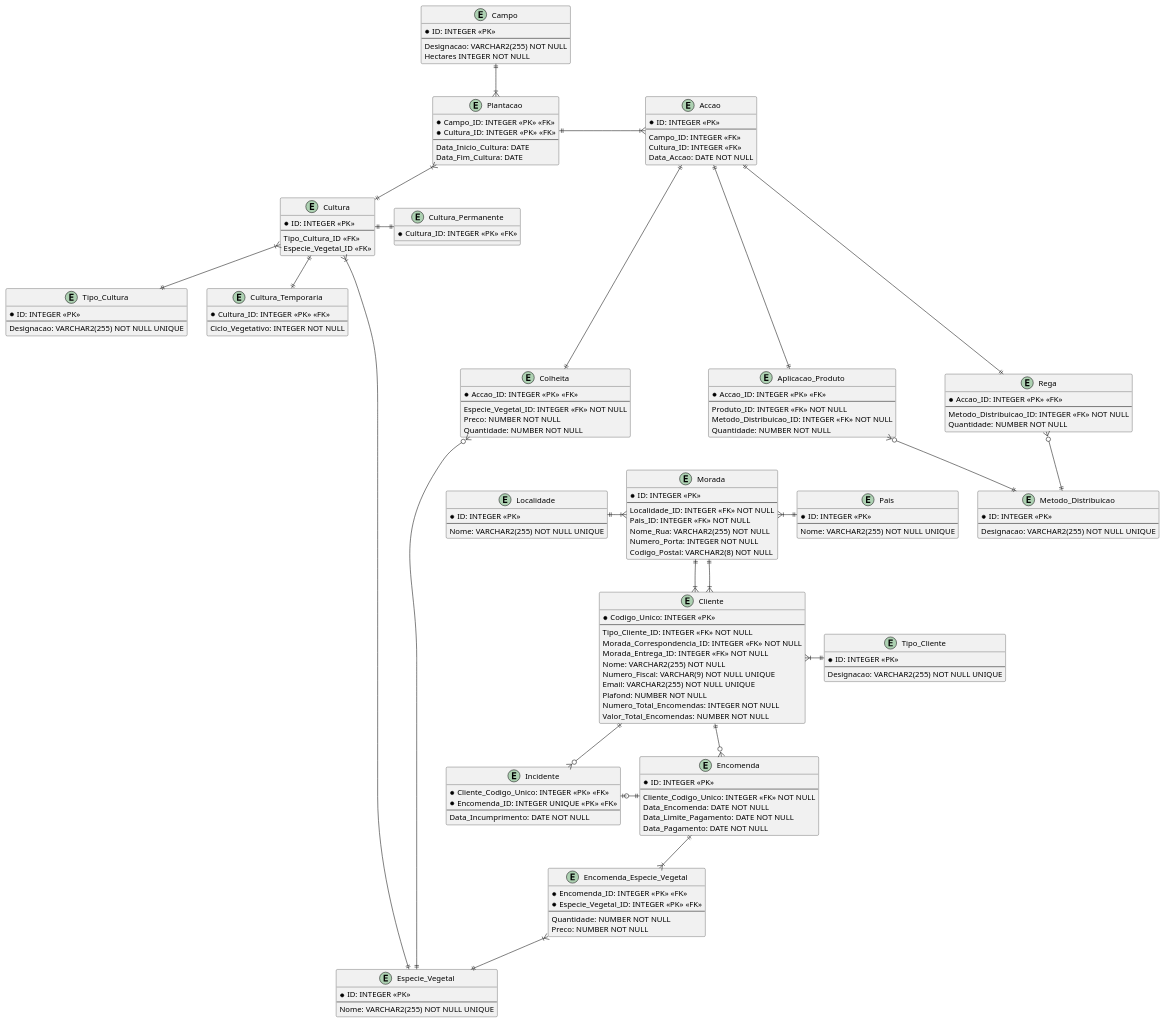
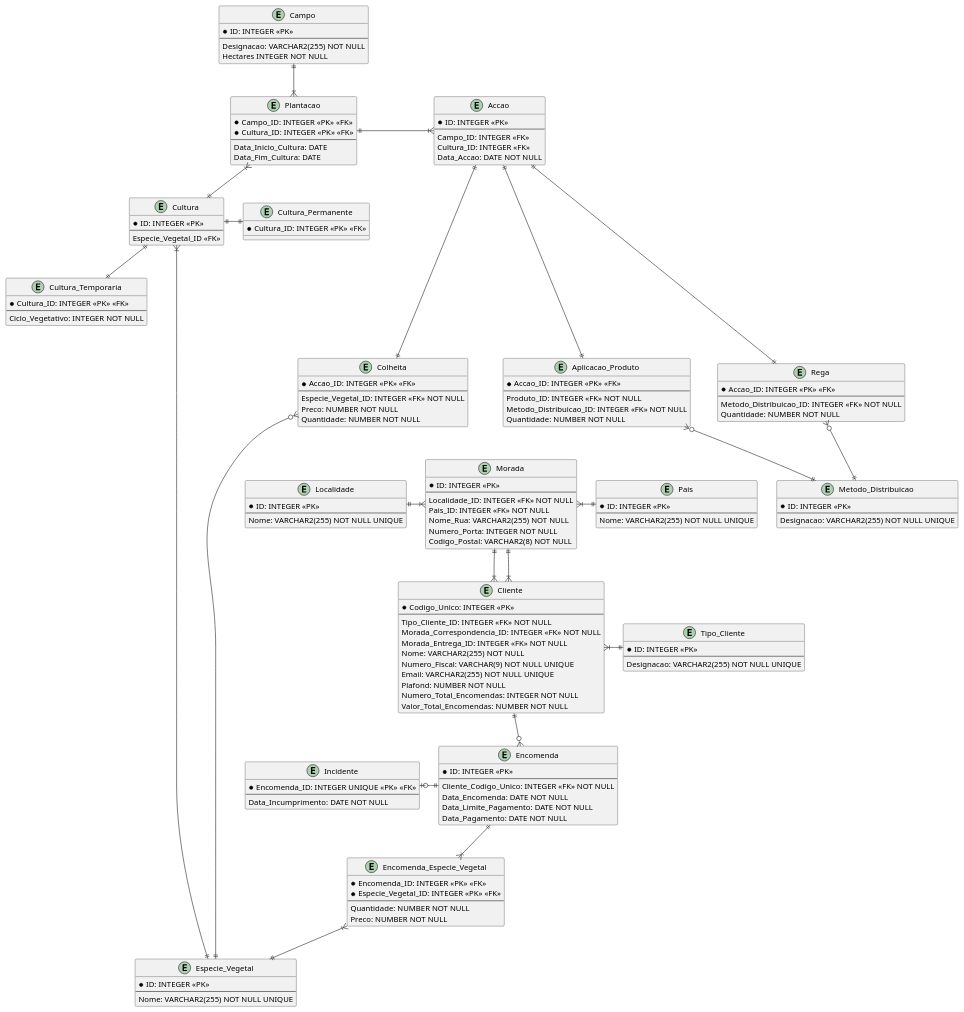
One commit to Mendoncaa/LAPR3 changed the diagram in BDDAD/Quinta-Finanças.puml. Above: the diagram before and after it, drawn with PlantUML. The commit also changed 8 other files, not shown here.

```diff
--- a/BDDAD/Quinta-Finanças.puml
+++ b/BDDAD/Quinta-Finanças.puml
@@ -17,14 +17,7 @@
 entity Cultura {
     * ID: INTEGER <<PK>>
     --
-    Tipo_Cultura_ID <<FK>>
     Especie_Vegetal_ID <<FK>>
-}
-
-entity Tipo_Cultura {
-    * ID: INTEGER <<PK>>
-    --
-    Designacao: VARCHAR2(255) NOT NULL UNIQUE
 }
 
 /'Contraints:- [[Ciclo_Vegetativo, CHECK(Ciclo_Vegetativo > 0)], 
@@ -113,7 +106,6 @@
 /'Triggers:-
     #1:'/
 entity Incidente {
-    * Cliente_Codigo_Unico: INTEGER <<PK>> <<FK>>
     * Encomenda_ID: INTEGER UNIQUE <<PK>> <<FK>> 
     --
     Data_Incumprimento: DATE NOT NULL
@@ -170,7 +162,7 @@
 Cultura ||-u-|{ Plantacao
 Cultura ||-d-|| Cultura_Temporaria
 Cultura ||-r-|| Cultura_Permanente
-Tipo_Cultura ||-u-|{ Cultura 
+
 Especie_Vegetal||-u-|{Cultura
 
 Plantacao ||-r-|{ Accao
@@ -185,7 +177,6 @@
 Pais ||-l-|{ Morada
 
 Cliente ||-d-o{ Encomenda
-Cliente ||-d-o{ Incidente
 
 Encomenda ||-l-o| Incidente
 Encomenda ||-d-|{ Encomenda_Especie_Vegetal
```
